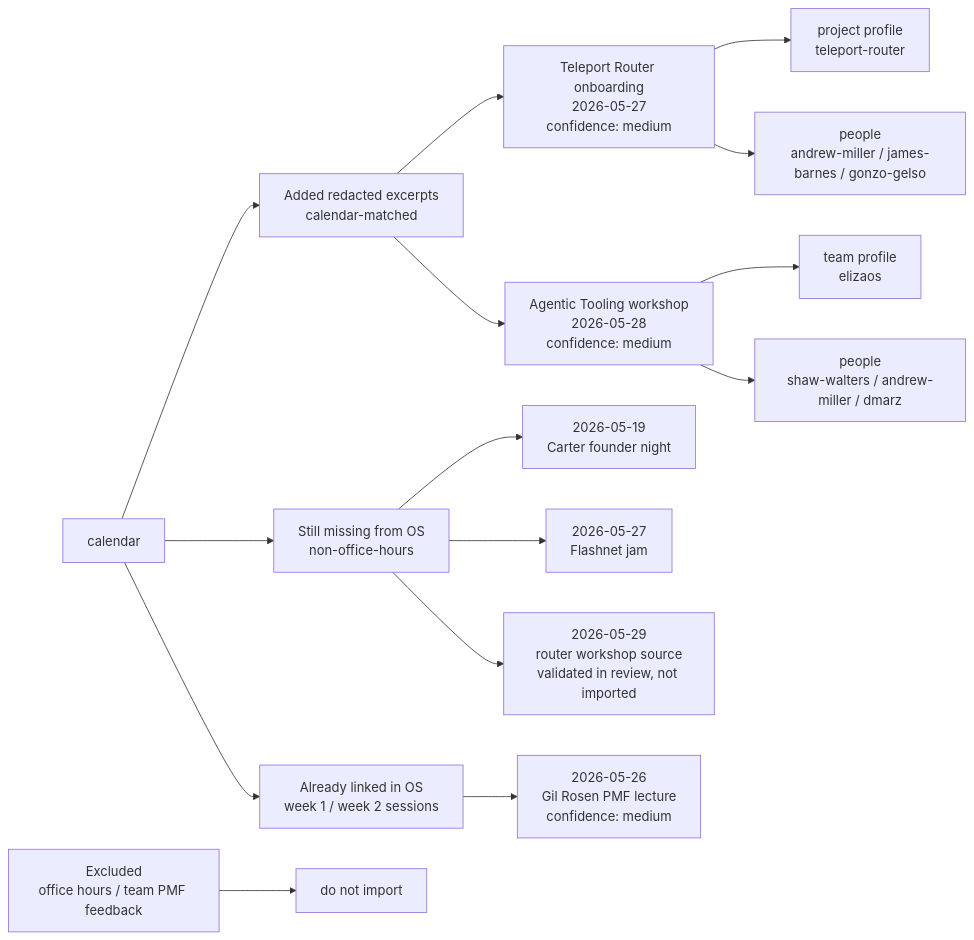
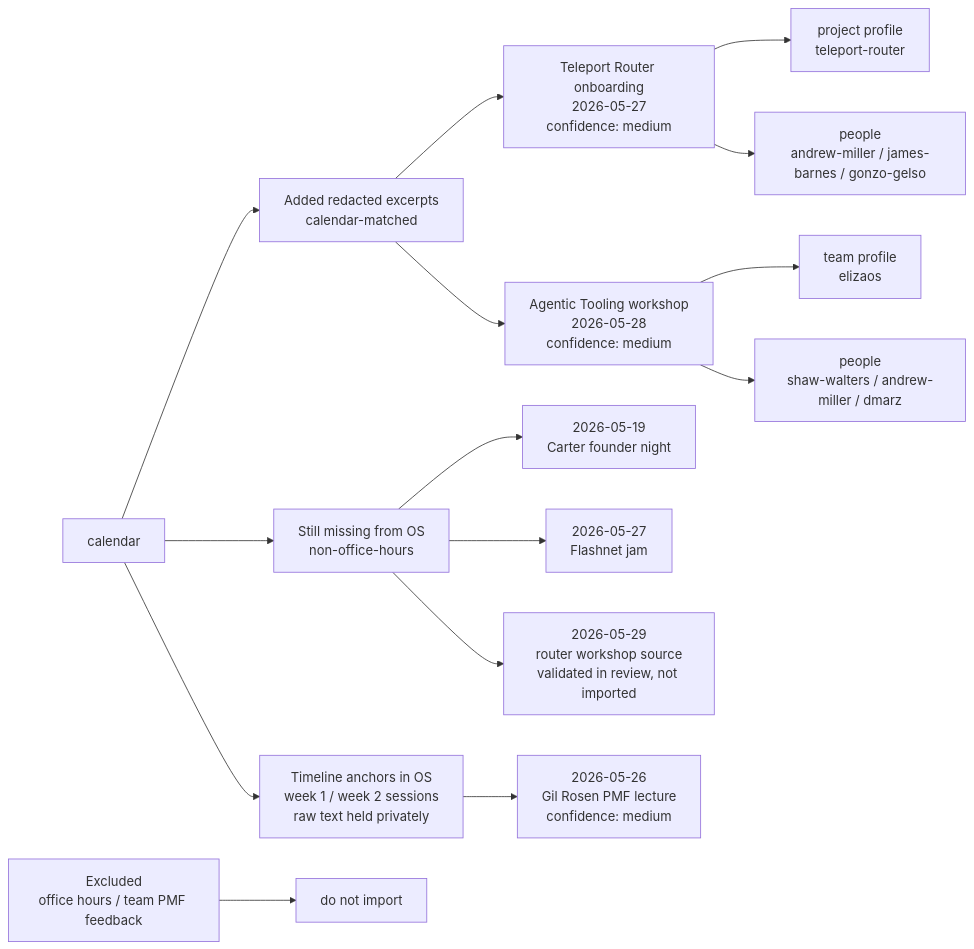
One commit to dmarzzz/shape-rotator-os changed the diagram in docs/reviewed-transcript-map.md. Above: the diagram before and after it, drawn with Mermaid. The commit also changed other lines of this file and 19 other files, not shown here.

First line of the commit message:
feat: remove raw transcripts from public repo, keep timeline anchors

````diff
--- a/docs/reviewed-transcript-map.md
+++ b/docs/reviewed-transcript-map.md
@@ -7,22 +9,22 @@
 ```mermaid
 flowchart LR
-  calendar --> existing["Already linked in OS<br/>week 1 / week 2 sessions"]
+  calendar --> existing["Timeline anchors in OS<br/>week 1 / week 2 sessions<br/>raw text held privately"]
   calendar --> additions["Added redacted excerpts<br/>calendar-matched"]
   calendar --> missing["Still missing from OS<br/>non-office-hours"]
 
   additions --> selfIntro["Teleport Router onboarding<br/>2026-05-27<br/>confidence: medium"]
   additions --> eliza["Agentic Tooling workshop<br/>2026-05-28<br/>confidence: medium"]
 
   selfIntro --> teleportRouter["project profile<br/>teleport-router"]
   selfIntro --> peopleRouter["people<br/>andrew-miller / james-barnes / gonzo-gelso"]
 
   eliza --> elizaTeam["team profile<br/>elizaos"]
   eliza --> peopleEliza["people<br/>shaw-walters / andrew-miller / dmarz"]
 
   missing --> carter["2026-05-19<br/>Carter founder night"]
   missing --> flashnet["2026-05-27<br/>Flashnet jam"]
   missing --> may29router["2026-05-29<br/>router workshop source<br/>validated in review, not imported"]
   existing --> gil["2026-05-26<br/>Gil Rosen PMF lecture<br/>confidence: medium"]
 
   excluded["Excluded<br/>office hours / team PMF feedback"] --> noList["do not import"]
 ```
````
